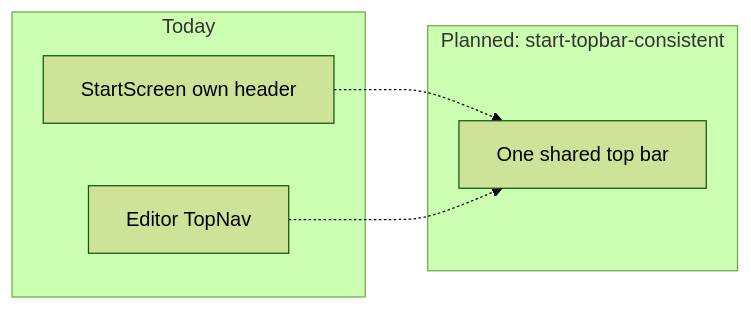
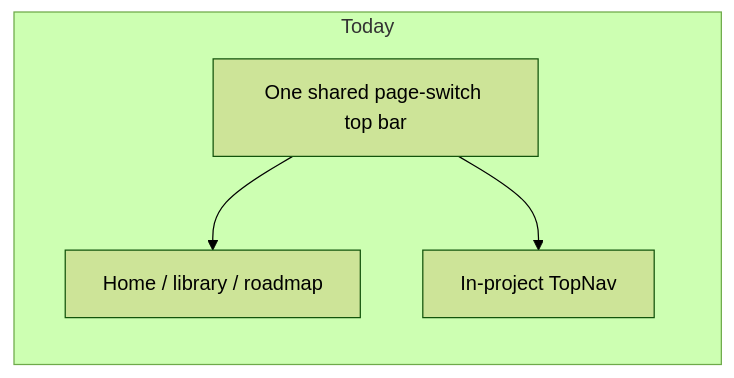
One commit to Sheriff99yt/VVS-Web changed the first of 2 diagrams in docs/roadmap.md. Above: the diagram before and after it, drawn with Mermaid (forest theme). The commit also changed other lines of this file and 7 other files, not shown here.

Commit message:
Show the page-switch top bar on every route including home.

````diff
--- a/docs/roadmap.md
+++ b/docs/roadmap.md
@@ -32,12 +32,10 @@
 ```mermaid
 flowchart LR
   subgraph today [Today]
-    Start[StartScreen own header]
-    Nav[Editor TopNav]
+    Shared[One shared page-switch top bar]
+    Home[Home / library / roadmap]
+    Editor[In-project TopNav]
   end
-  subgraph planned [Planned: start-topbar-consistent]
-    Shared[One shared top bar]
-  end
-  Start -.-> Shared
-  Nav -.-> Shared
+  Shared --> Home
+  Shared --> Editor
 ```
````
